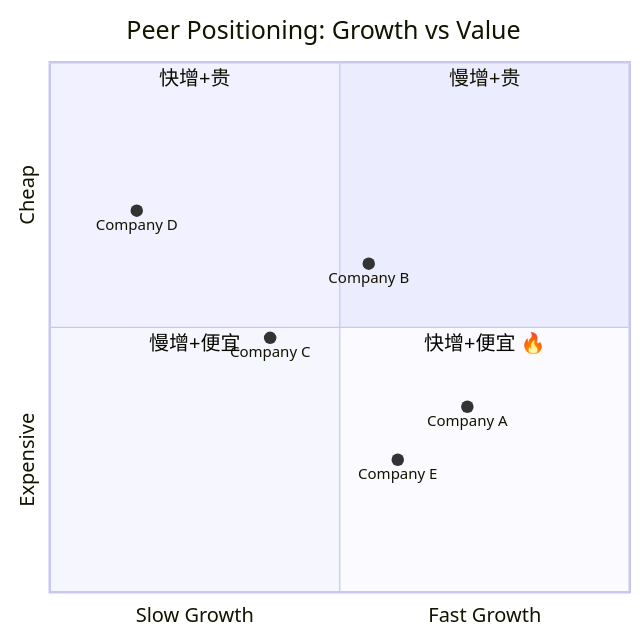
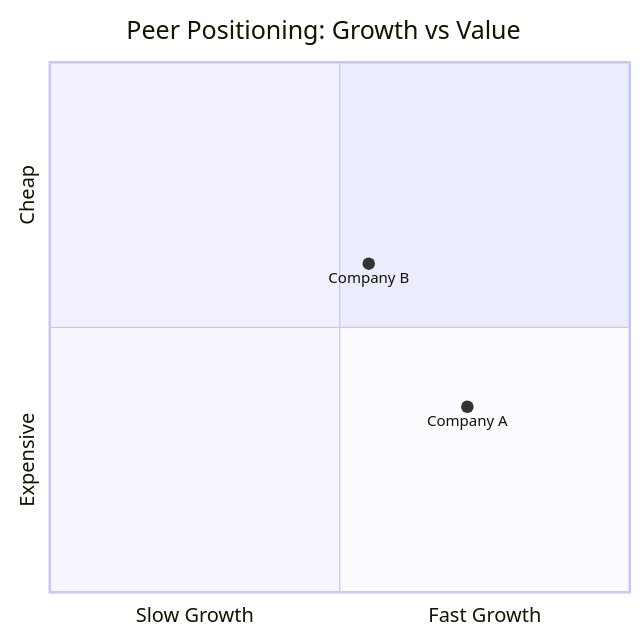
One commit to iRyantik/buy-side-research-skills changed the diagram in plugins/buy-side-research-skills/skills/peer-deep-dive/SKILL.md. Above: the diagram before and after it, drawn with Mermaid. The commit also changed other lines of this file and 21 other files, not shown here.

````diff
--- a/plugins/buy-side-research-skills/skills/peer-deep-dive/SKILL.md
+++ b/plugins/buy-side-research-skills/skills/peer-deep-dive/SKILL.md
@@ -346,15 +288,8 @@
 ```mermaid
 quadrantChart
     title Peer Positioning: Growth vs Value
-    x-axis "Slow Growth" --> "Fast Growth"
-    y-axis "Expensive" --> "Cheap"
-    quadrant-1 "慢增+贵"
-    quadrant-2 "快增+贵"
-    quadrant-3 "慢增+便宜"
-    quadrant-4 "快增+便宜 🔥"
-    "Company A": [0.72, 0.35]
-    "Company B": [0.55, 0.62]
-    "Company C": [0.38, 0.48]
-    "Company D": [0.15, 0.72]
-    "Company E": [0.60, 0.25]
+    x-axis Slow Growth --> Fast Growth
+    y-axis Expensive --> Cheap
+    Company A: [0.72, 0.35]
+    Company B: [0.55, 0.62]
 ```
````
